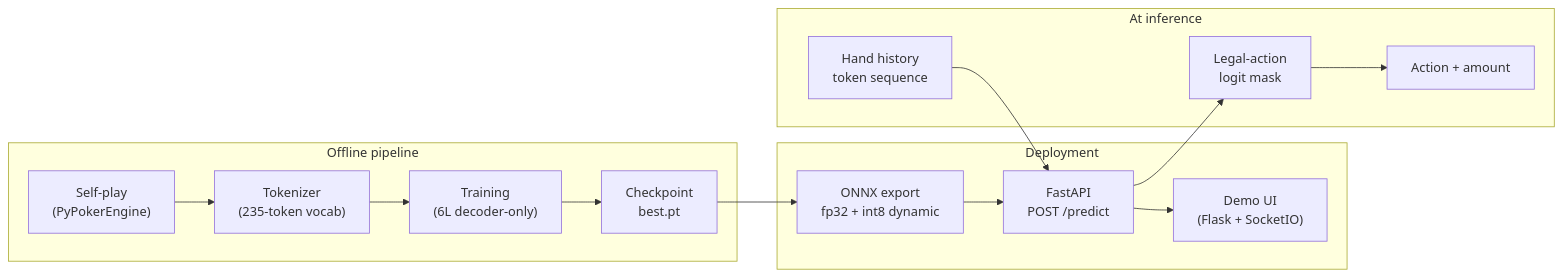
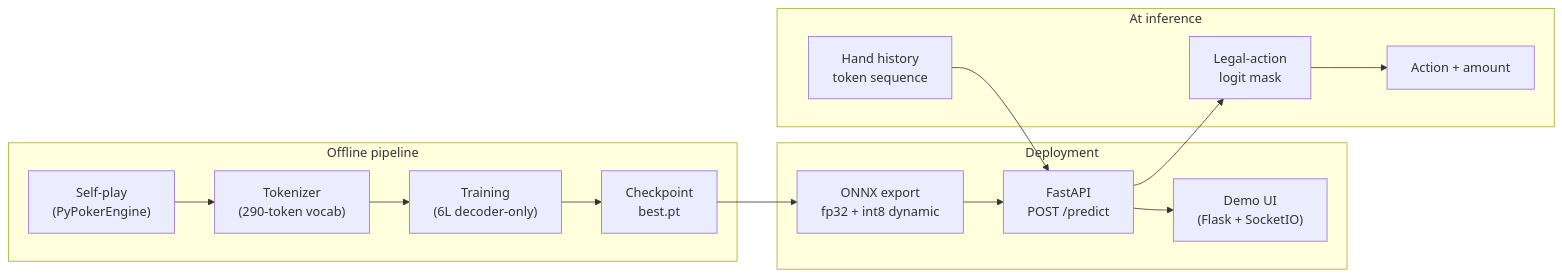
Before and after one commit to pgala3183/pkr-tnf: the diagram in README.md, drawn with Mermaid. The commit also changed other lines of this file and 16 other files, not shown here.

````diff
--- a/README.md
+++ b/README.md
@@ -13,25 +13,25 @@
 ```mermaid
 flowchart LR
   subgraph offline["Offline pipeline"]
     SP["Self-play<br/>(PyPokerEngine)"]
-    TOK["Tokenizer<br/>(235-token vocab)"]
+    TOK["Tokenizer<br/>(290-token vocab)"]
     TR["Training<br/>(6L decoder-only)"]
     CKPT["Checkpoint<br/>best.pt"]
     SP --> TOK --> TR --> CKPT
   end
 
   subgraph deploy["Deployment"]
     ONNX["ONNX export<br/>fp32 + int8 dynamic"]
     API["FastAPI<br/>POST /predict"]
     UI["Demo UI<br/>(Flask + SocketIO)"]
     CKPT --> ONNX --> API --> UI
   end
 
   subgraph runtime["At inference"]
     HH["Hand history<br/>token sequence"]
     MASK["Legal-action<br/>logit mask"]
     ACT["Action + amount"]
     HH --> API
     API --> MASK --> ACT
   end
 ```
````
